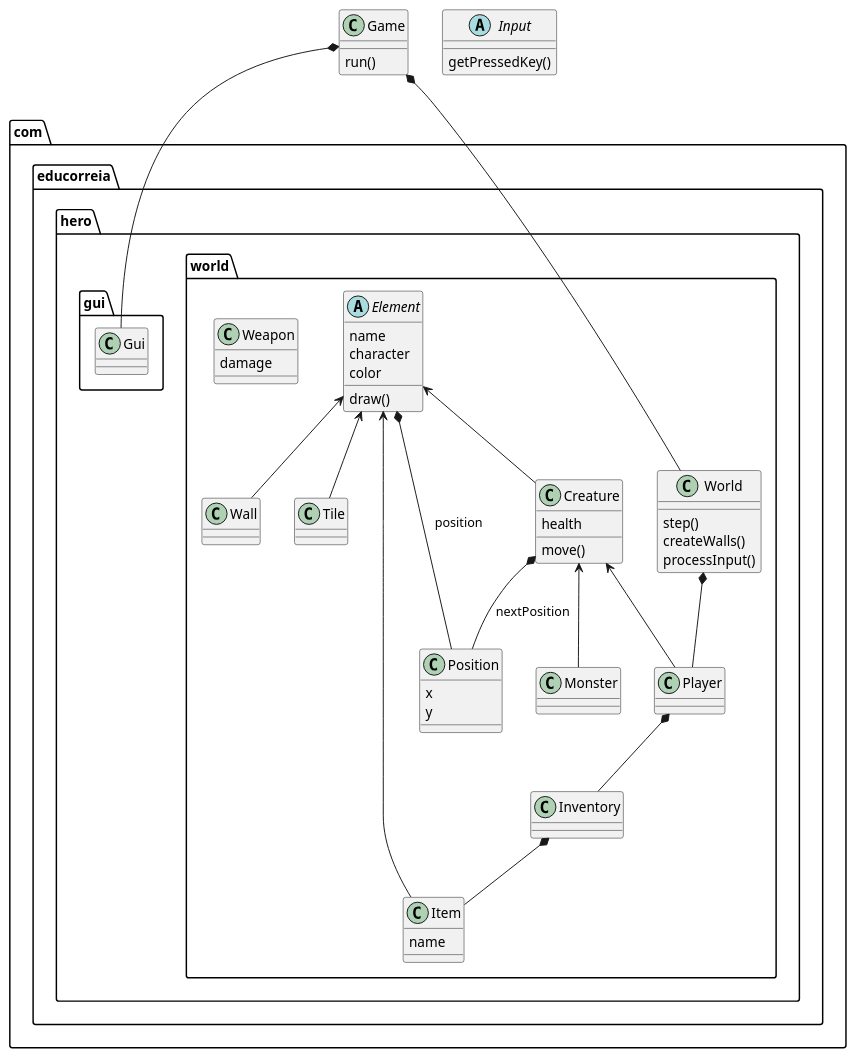
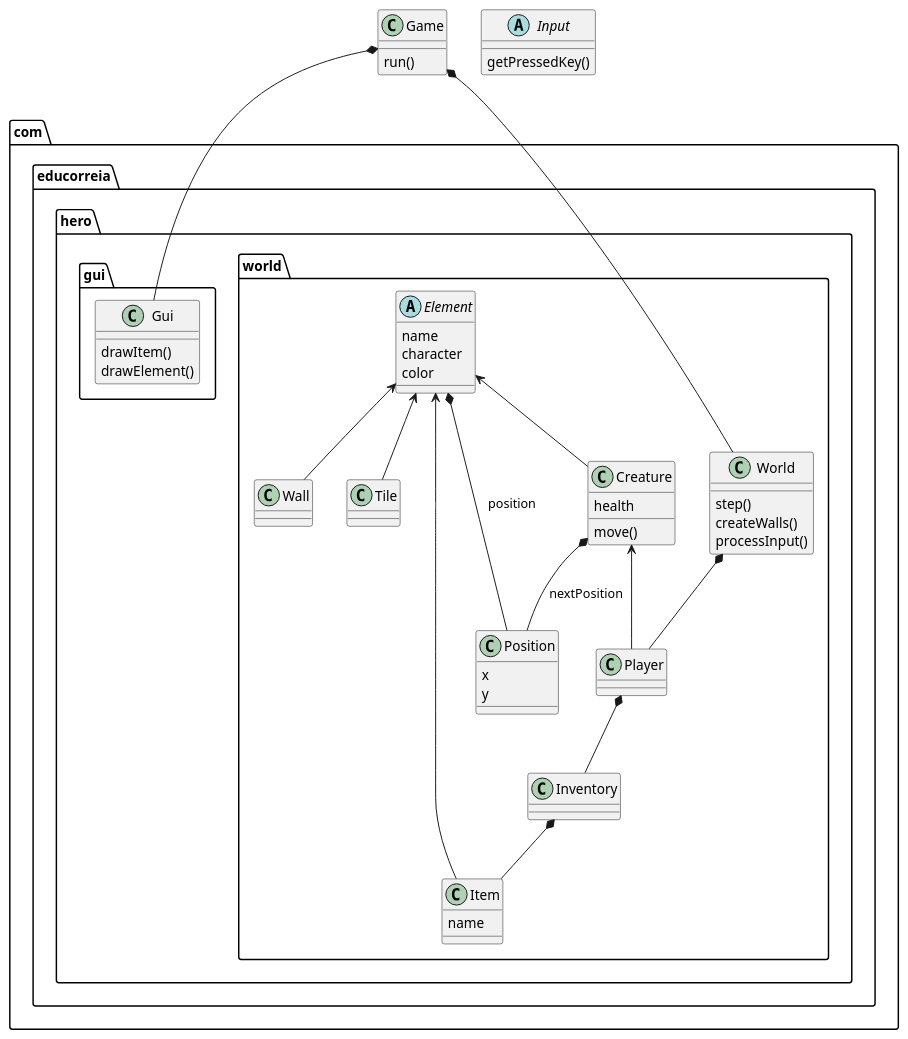
Before and after one commit to Educorreia932/FEUP-LPOO: the diagram in uml.puml, drawn with PlantUML. The commit also changed 9 other files, not shown here.

```diff
--- a/uml.puml
+++ b/uml.puml
@@ -1,70 +1,66 @@
 @startuml hero
 
 class Game {
     run()
 }
 
 abstract class Input {
     getPressedKey()
 }
 
 package com.educorreia.hero.world {
     class World {
         step()
         createWalls()
         processInput()
     }
 
     class Position {
         x
         y
     }
 
     abstract class Element {
         name
         character
         color
-
-        draw()
     }
 
     class Creature {
         health
         
         move()
     }
 
-    class Weapon {
-        damage
-    }
-
     class Item {
         name
     }
 
     Creature <-- Player
-    Creature <-- Monster
     Creature *-- Position : nextPosition
 
     World *-- Player
 
     Element <-- Creature
     Element <-- Item
     Element <-- Wall
     Element <-- Tile
 
     Element *-- Position : position
 
     Player *-- Inventory
 
     Inventory *-- Item
 }
 
 package com.educorreia.hero.gui {
-    class Gui
+    class Gui {
+        drawItem()
+        drawElement()
+    }
 }
 
 Game *-- Gui
 Game *-- World
 
 @enduml
```
